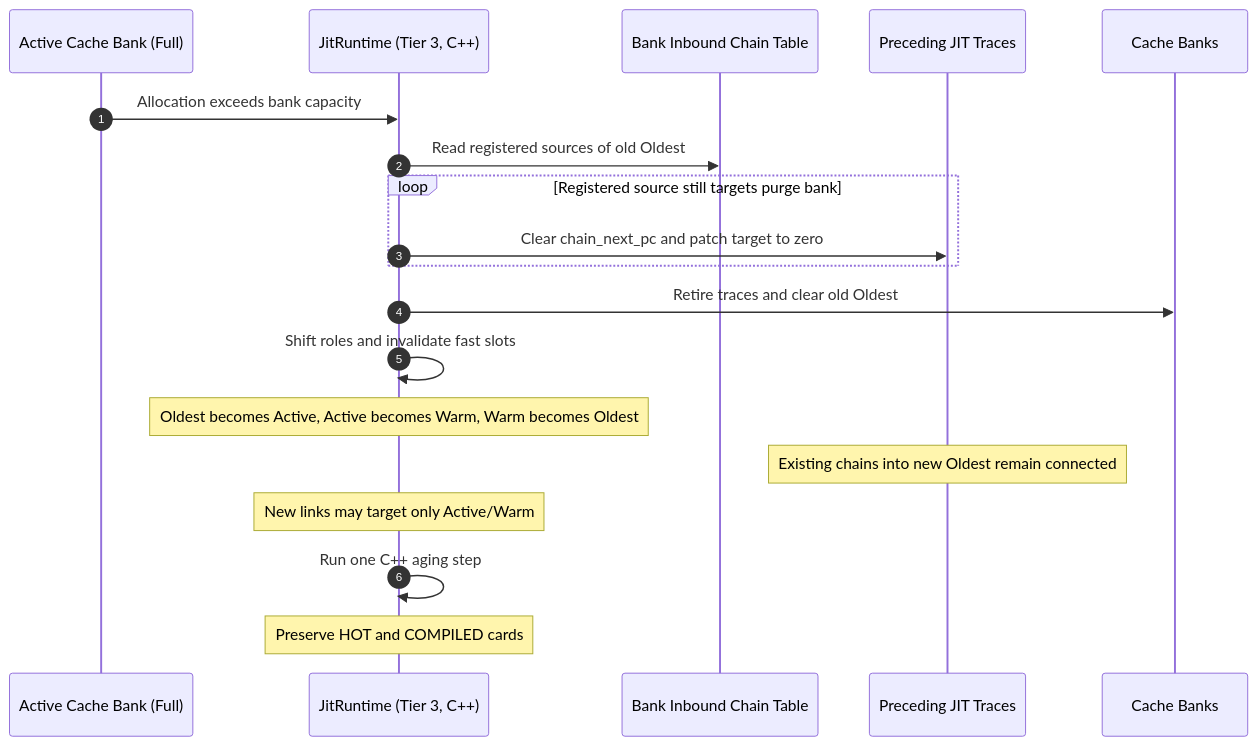
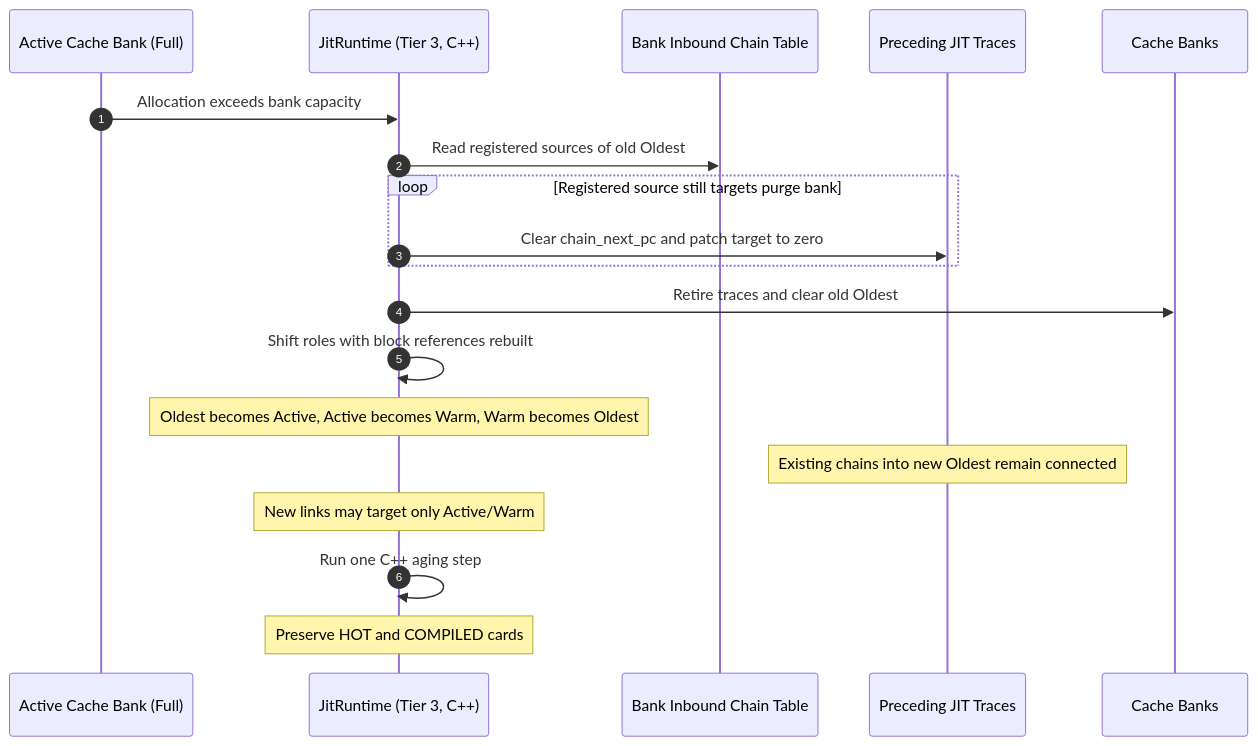
The fourth of 6 diagrams in docs/components/tier3_plugins/jit_runtime.md (kmt-t/fireball), drawn with Mermaid before and after one commit. The commit also changed other lines of this file and 74 other files, not shown here.

````diff
--- a/docs/components/tier3_plugins/jit_runtime.md
+++ b/docs/components/tier3_plugins/jit_runtime.md
@@ -254,22 +251,22 @@
 ```mermaid
 sequenceDiagram
     autonumber
     participant Active as Active Cache Bank (Full)
     participant Mgr as JitRuntime (Tier 3, C++)
     participant Inbound as Bank Inbound Chain Table
     participant Source as Preceding JIT Traces
     participant Bank as Cache Banks
 
     Active->>Mgr: Allocation exceeds bank capacity
     Mgr->>Inbound: Read registered sources of old Oldest
     loop Registered source still targets purge bank
         Mgr->>Source: Clear chain_next_pc and patch target to zero
     end
     Mgr->>Bank: Retire traces and clear old Oldest
-    Mgr->>Mgr: Shift roles and invalidate fast slots
+    Mgr->>Mgr: Shift roles with block references rebuilt
     Note over Mgr: Oldest becomes Active, Active becomes Warm, Warm becomes Oldest
     Note over Source: Existing chains into new Oldest remain connected
     Note over Mgr: New links may target only Active/Warm
     Mgr->>Mgr: Run one C++ aging step
     Note over Mgr: Preserve HOT and COMPILED cards
 ```
````
